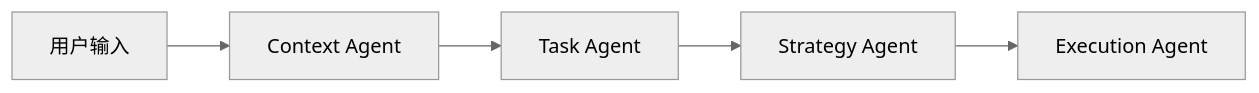
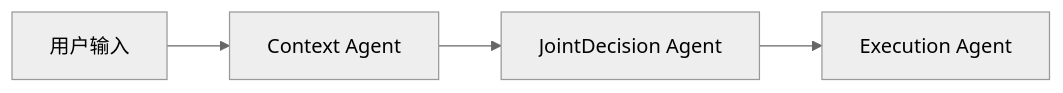
The first of 2 diagrams in README.md (MiyakoMeow/DrivePal), drawn with Mermaid (neutral theme) before and after one commit. The commit also changed other lines of this file and 6 other files, not shown here.

````diff
--- a/README.md
+++ b/README.md
@@ -25,7 +25,6 @@
 ```mermaid
 flowchart LR
     A[用户输入] --> B[Context Agent]
-    B --> C[Task Agent]
-    C --> D[Strategy Agent]
-    D --> E[Execution Agent]
+    B --> C[JointDecision Agent]
+    C --> D[Execution Agent]
 ```
````
